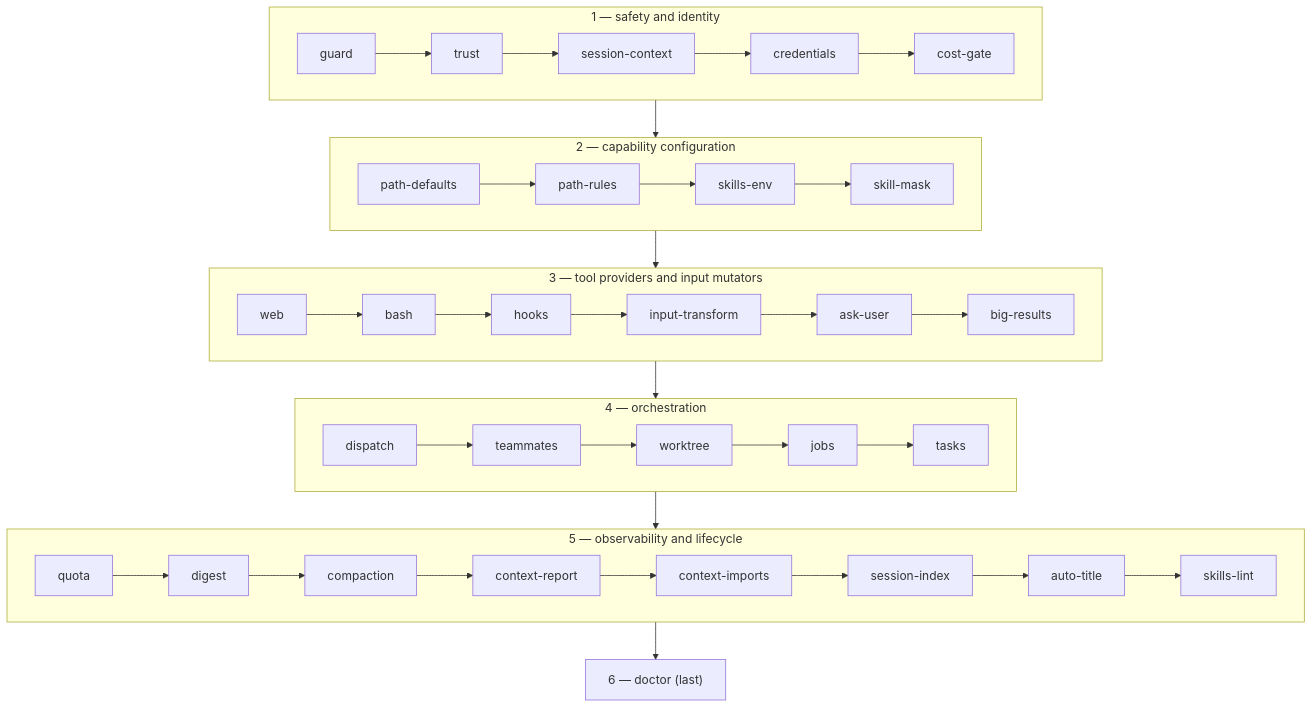
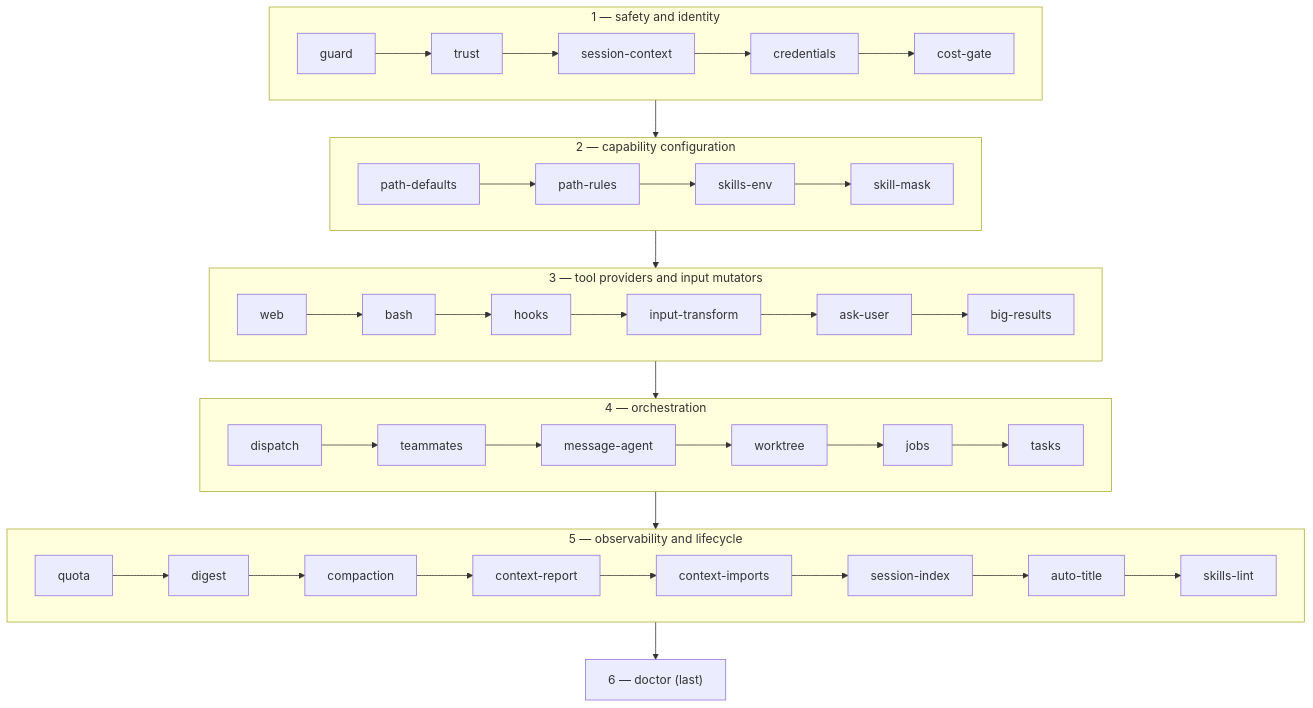
Before and after one commit to DresvyanskiyDenis/PiON: the first of 3 diagrams in docs/concepts/architecture.md, drawn with Mermaid. The commit also changed other lines of this file and 18 other files, not shown here.

````diff
--- a/docs/concepts/architecture.md
+++ b/docs/concepts/architecture.md
@@ -29,24 +29,24 @@
 ```mermaid
 flowchart TB
     subgraph safety["1 — safety and identity"]
         direction LR
         guard --> trust --> sc["session-context"] --> cred["credentials"] --> cg["cost-gate"]
     end
     subgraph capconf["2 — capability configuration"]
         direction LR
         pd["path-defaults"] --> pr["path-rules"] --> se["skills-env"] --> sm["skill-mask"]
     end
     subgraph tools["3 — tool providers and input mutators"]
         direction LR
         web --> bash --> hooks --> it["input-transform"] --> au["ask-user"] --> br["big-results"]
     end
     subgraph orch["4 — orchestration"]
         direction LR
-        dispatch --> teammates --> worktree --> jobs --> tasks
+        dispatch --> teammates --> ma["message-agent"] --> worktree --> jobs --> tasks
     end
     subgraph obs["5 — observability and lifecycle"]
         direction LR
         quota --> digest --> compaction --> cr["context-report"] --> ci["context-imports"] --> si["session-index"] --> at["auto-title"] --> sl["skills-lint"]
     end
     safety --> capconf --> tools --> orch --> obs --> doctor["6 — doctor (last)"]
 ```
````
